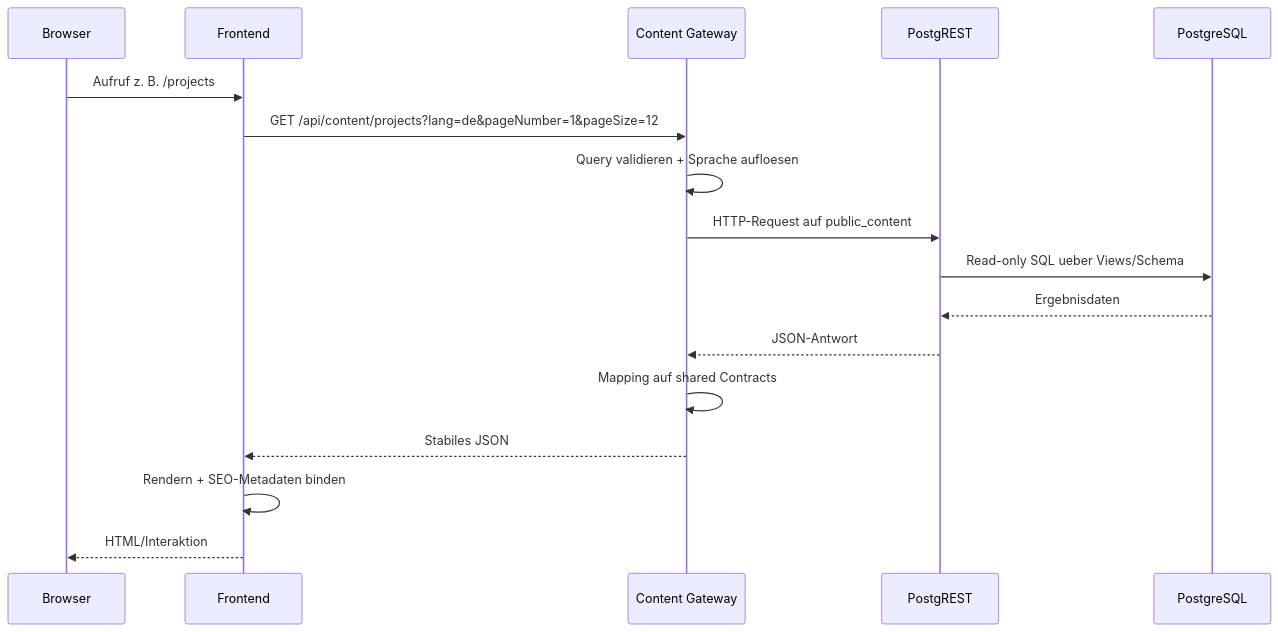
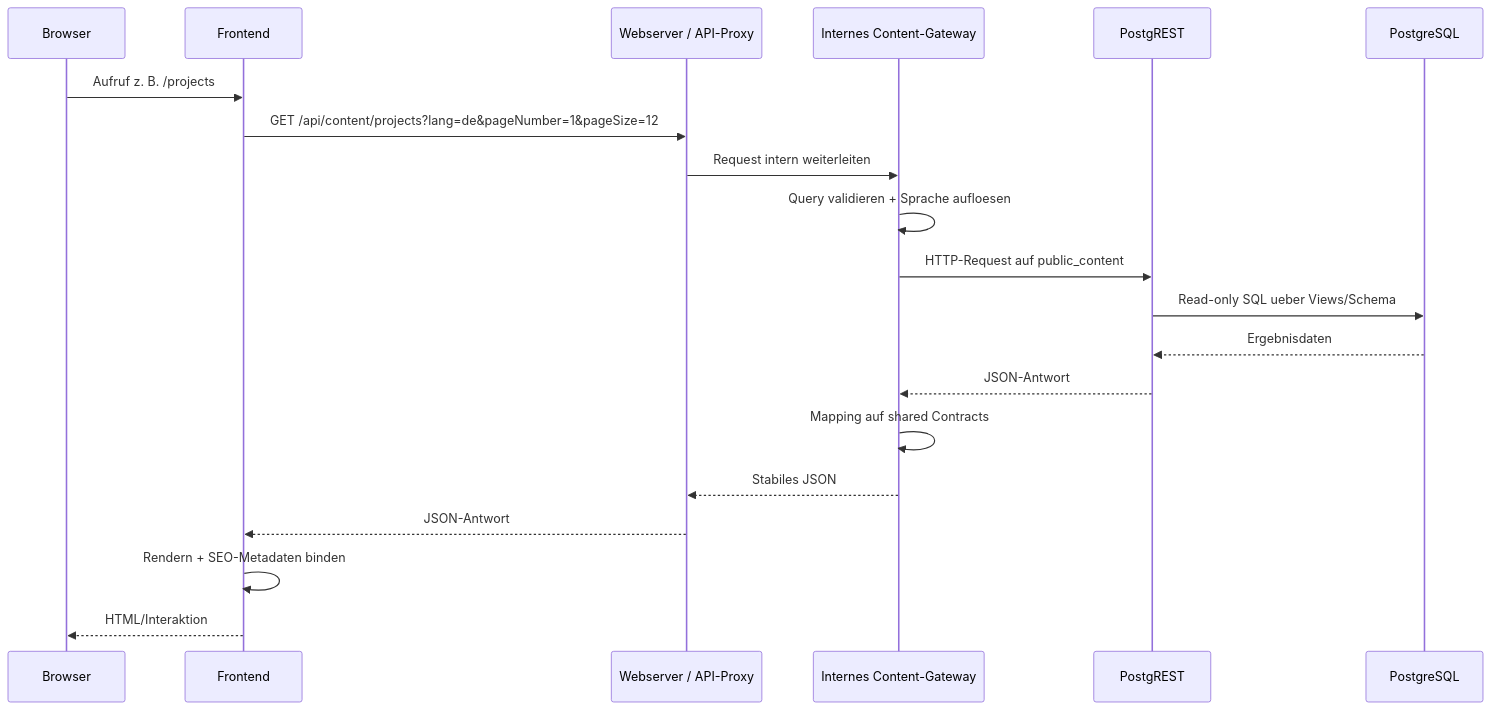
One commit to smart-village-solutions/guben-cockpit-old changed the fourth of 5 diagrams in docs/arc42.md. Above: the diagram before and after it, drawn with Mermaid. The commit also changed other lines of this file and 12 other files, not shown here.

Commit message:
docs: update architecture, content sources and release operations

````diff
--- a/docs/arc42.md
+++ b/docs/arc42.md
@@ -227,20 +247,23 @@
 ```mermaid
 sequenceDiagram
   participant B as Browser
   participant F as Frontend
-  participant G as Content Gateway
+  participant W as Webserver / API-Proxy
+  participant G as Internes Content-Gateway
   participant P as PostgREST
   participant D as PostgreSQL
 
   B->>F: Aufruf z. B. /projects
-  F->>G: GET /api/content/projects?lang=de&pageNumber=1&pageSize=12
+  F->>W: GET /api/content/projects?lang=de&pageNumber=1&pageSize=12
+  W->>G: Request intern weiterleiten
   G->>G: Query validieren + Sprache aufloesen
   G->>P: HTTP-Request auf public_content
   P->>D: Read-only SQL ueber Views/Schema
   D-->>P: Ergebnisdaten
   P-->>G: JSON-Antwort
   G->>G: Mapping auf shared Contracts
-  G-->>F: Stabiles JSON
+  G-->>W: Stabiles JSON
+  W-->>F: JSON-Antwort
   F->>F: Rendern + SEO-Metadaten binden
   F-->>B: HTML/Interaktion
 ```
````
